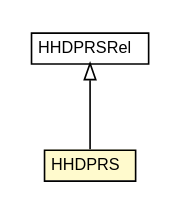
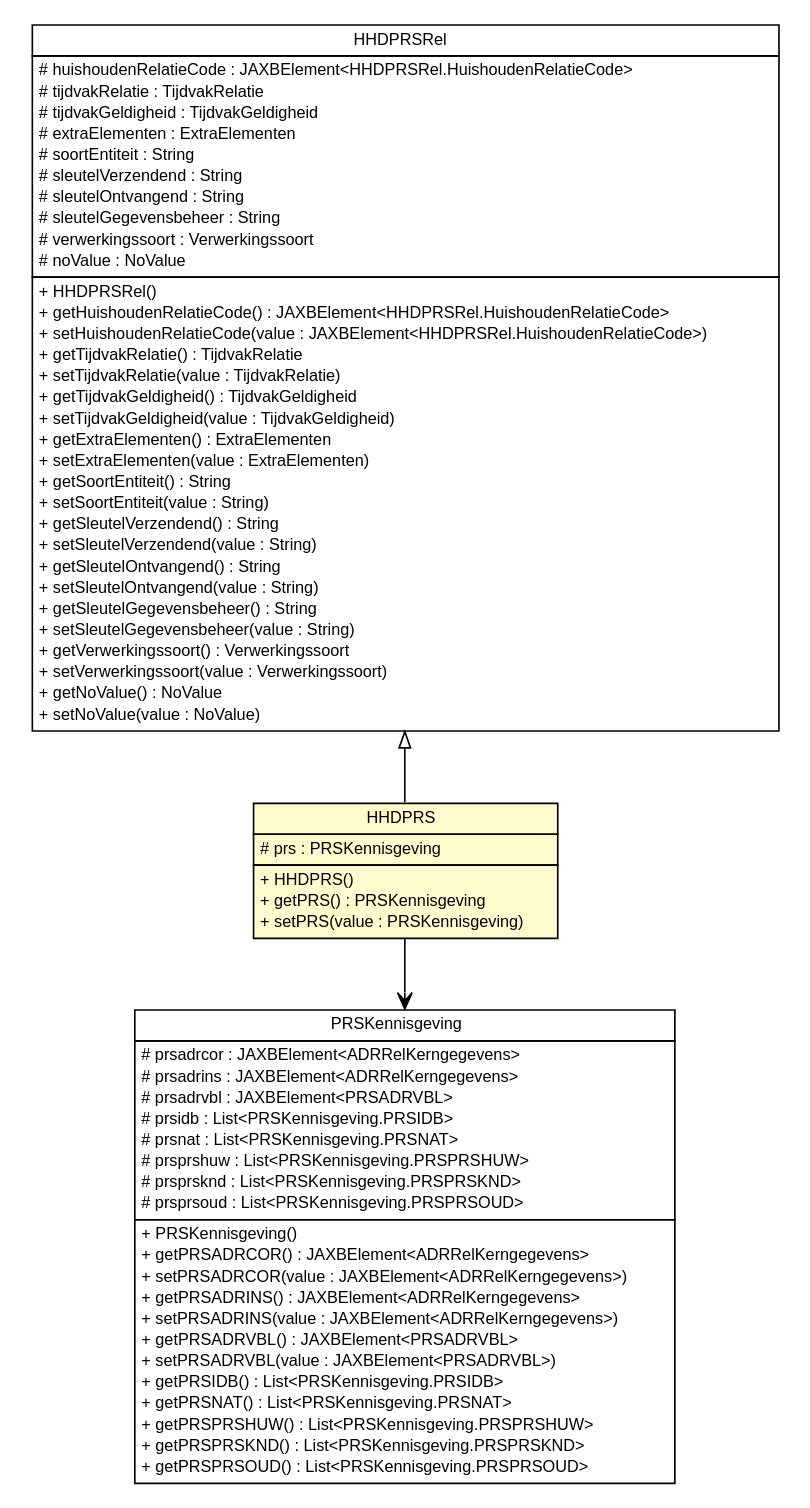
The diagram in brmo-stufbg204/apidocs/nl/egem/stuf/sector/bg/_0204/HHDAntwoord.HHDPRS.dot (B3Partners/brmo), drawn with Graphviz before and after one commit. The commit also changed 6415 other files, not shown here.

```diff
--- a/brmo-stufbg204/apidocs/nl/egem/stuf/sector/bg/_0204/HHDAntwoord.HHDPRS.dot
+++ b/brmo-stufbg204/apidocs/nl/egem/stuf/sector/bg/_0204/HHDAntwoord.HHDPRS.dot
@@ -1,26 +1,101 @@
 #!/usr/local/bin/dot
 #
 # Class diagram 
 # Generated by UMLGraph version R5_6-24-gf6e263 (http://www.umlgraph.org/)
 #
 
 digraph G {
 	edge [fontname="Helvetica",fontsize=10,labelfontname="Helvetica",labelfontsize=10];
 	node [fontname="Helvetica",fontsize=10,shape=plaintext];
 	nodesep=0.25;
 	ranksep=0.5;
 	// nl.egem.stuf.sector.bg._0204.HHDAntwoord.HHDPRS
-	c61904 [label=<<table title="nl.egem.stuf.sector.bg._0204.HHDAntwoord.HHDPRS" border="0" cellborder="1" cellspacing="0" cellpadding="2" port="p" bgcolor="lemonChiffon" href="./HHDAntwoord.HHDPRS.html">
+	c61910 [label=<<table title="nl.egem.stuf.sector.bg._0204.HHDAntwoord.HHDPRS" border="0" cellborder="1" cellspacing="0" cellpadding="2" port="p" bgcolor="lemonChiffon" href="./HHDAntwoord.HHDPRS.html">
 		<tr><td><table border="0" cellspacing="0" cellpadding="1">
 <tr><td align="center" balign="center"> HHDPRS </td></tr>
 		</table></td></tr>
+		<tr><td><table border="0" cellspacing="0" cellpadding="1">
+<tr><td align="left" balign="left"> # prs : PRSKennisgeving </td></tr>
+		</table></td></tr>
+		<tr><td><table border="0" cellspacing="0" cellpadding="1">
+<tr><td align="left" balign="left"> + HHDPRS() </td></tr>
+<tr><td align="left" balign="left"> + getPRS() : PRSKennisgeving </td></tr>
+<tr><td align="left" balign="left"> + setPRS(value : PRSKennisgeving) </td></tr>
+		</table></td></tr>
 		</table>>, URL="./HHDAntwoord.HHDPRS.html", fontname="Helvetica", fontcolor="black", fontsize=10.0];
 	// nl.egem.stuf.sector.bg._0204.HHDPRSRel
-	c61931 [label=<<table title="nl.egem.stuf.sector.bg._0204.HHDPRSRel" border="0" cellborder="1" cellspacing="0" cellpadding="2" port="p" href="./HHDPRSRel.html">
+	c61937 [label=<<table title="nl.egem.stuf.sector.bg._0204.HHDPRSRel" border="0" cellborder="1" cellspacing="0" cellpadding="2" port="p" href="./HHDPRSRel.html">
 		<tr><td><table border="0" cellspacing="0" cellpadding="1">
 <tr><td align="center" balign="center"> HHDPRSRel </td></tr>
 		</table></td></tr>
+		<tr><td><table border="0" cellspacing="0" cellpadding="1">
+<tr><td align="left" balign="left"> # huishoudenRelatieCode : JAXBElement&lt;HHDPRSRel.HuishoudenRelatieCode&gt; </td></tr>
+<tr><td align="left" balign="left"> # tijdvakRelatie : TijdvakRelatie </td></tr>
+<tr><td align="left" balign="left"> # tijdvakGeldigheid : TijdvakGeldigheid </td></tr>
+<tr><td align="left" balign="left"> # extraElementen : ExtraElementen </td></tr>
+<tr><td align="left" balign="left"> # soortEntiteit : String </td></tr>
+<tr><td align="left" balign="left"> # sleutelVerzendend : String </td></tr>
+<tr><td align="left" balign="left"> # sleutelOntvangend : String </td></tr>
+<tr><td align="left" balign="left"> # sleutelGegevensbeheer : String </td></tr>
+<tr><td align="left" balign="left"> # verwerkingssoort : Verwerkingssoort </td></tr>
+<tr><td align="left" balign="left"> # noValue : NoValue </td></tr>
+		</table></td></tr>
+		<tr><td><table border="0" cellspacing="0" cellpadding="1">
+<tr><td align="left" balign="left"> + HHDPRSRel() </td></tr>
+<tr><td align="left" balign="left"> + getHuishoudenRelatieCode() : JAXBElement&lt;HHDPRSRel.HuishoudenRelatieCode&gt; </td></tr>
+<tr><td align="left" balign="left"> + setHuishoudenRelatieCode(value : JAXBElement&lt;HHDPRSRel.HuishoudenRelatieCode&gt;) </td></tr>
+<tr><td align="left" balign="left"> + getTijdvakRelatie() : TijdvakRelatie </td></tr>
+<tr><td align="left" balign="left"> + setTijdvakRelatie(value : TijdvakRelatie) </td></tr>
+<tr><td align="left" balign="left"> + getTijdvakGeldigheid() : TijdvakGeldigheid </td></tr>
+<tr><td align="left" balign="left"> + setTijdvakGeldigheid(value : TijdvakGeldigheid) </td></tr>
+<tr><td align="left" balign="left"> + getExtraElementen() : ExtraElementen </td></tr>
+<tr><td align="left" balign="left"> + setExtraElementen(value : ExtraElementen) </td></tr>
+<tr><td align="left" balign="left"> + getSoortEntiteit() : String </td></tr>
+<tr><td align="left" balign="left"> + setSoortEntiteit(value : String) </td></tr>
+<tr><td align="left" balign="left"> + getSleutelVerzendend() : String </td></tr>
+<tr><td align="left" balign="left"> + setSleutelVerzendend(value : String) </td></tr>
+<tr><td align="left" balign="left"> + getSleutelOntvangend() : String </td></tr>
+<tr><td align="left" balign="left"> + setSleutelOntvangend(value : String) </td></tr>
+<tr><td align="left" balign="left"> + getSleutelGegevensbeheer() : String </td></tr>
+<tr><td align="left" balign="left"> + setSleutelGegevensbeheer(value : String) </td></tr>
+<tr><td align="left" balign="left"> + getVerwerkingssoort() : Verwerkingssoort </td></tr>
+<tr><td align="left" balign="left"> + setVerwerkingssoort(value : Verwerkingssoort) </td></tr>
+<tr><td align="left" balign="left"> + getNoValue() : NoValue </td></tr>
+<tr><td align="left" balign="left"> + setNoValue(value : NoValue) </td></tr>
+		</table></td></tr>
 		</table>>, URL="./HHDPRSRel.html", fontname="Helvetica", fontcolor="black", fontsize=10.0];
+	// nl.egem.stuf.sector.bg._0204.PRSKennisgeving
+	c62025 [label=<<table title="nl.egem.stuf.sector.bg._0204.PRSKennisgeving" border="0" cellborder="1" cellspacing="0" cellpadding="2" port="p" href="./PRSKennisgeving.html">
+		<tr><td><table border="0" cellspacing="0" cellpadding="1">
+<tr><td align="center" balign="center"> PRSKennisgeving </td></tr>
+		</table></td></tr>
+		<tr><td><table border="0" cellspacing="0" cellpadding="1">
+<tr><td align="left" balign="left"> # prsadrcor : JAXBElement&lt;ADRRelKerngegevens&gt; </td></tr>
+<tr><td align="left" balign="left"> # prsadrins : JAXBElement&lt;ADRRelKerngegevens&gt; </td></tr>
+<tr><td align="left" balign="left"> # prsadrvbl : JAXBElement&lt;PRSADRVBL&gt; </td></tr>
+<tr><td align="left" balign="left"> # prsidb : List&lt;PRSKennisgeving.PRSIDB&gt; </td></tr>
+<tr><td align="left" balign="left"> # prsnat : List&lt;PRSKennisgeving.PRSNAT&gt; </td></tr>
+<tr><td align="left" balign="left"> # prsprshuw : List&lt;PRSKennisgeving.PRSPRSHUW&gt; </td></tr>
+<tr><td align="left" balign="left"> # prsprsknd : List&lt;PRSKennisgeving.PRSPRSKND&gt; </td></tr>
+<tr><td align="left" balign="left"> # prsprsoud : List&lt;PRSKennisgeving.PRSPRSOUD&gt; </td></tr>
+		</table></td></tr>
+		<tr><td><table border="0" cellspacing="0" cellpadding="1">
+<tr><td align="left" balign="left"> + PRSKennisgeving() </td></tr>
+<tr><td align="left" balign="left"> + getPRSADRCOR() : JAXBElement&lt;ADRRelKerngegevens&gt; </td></tr>
+<tr><td align="left" balign="left"> + setPRSADRCOR(value : JAXBElement&lt;ADRRelKerngegevens&gt;) </td></tr>
+<tr><td align="left" balign="left"> + getPRSADRINS() : JAXBElement&lt;ADRRelKerngegevens&gt; </td></tr>
+<tr><td align="left" balign="left"> + setPRSADRINS(value : JAXBElement&lt;ADRRelKerngegevens&gt;) </td></tr>
+<tr><td align="left" balign="left"> + getPRSADRVBL() : JAXBElement&lt;PRSADRVBL&gt; </td></tr>
+<tr><td align="left" balign="left"> + setPRSADRVBL(value : JAXBElement&lt;PRSADRVBL&gt;) </td></tr>
+<tr><td align="left" balign="left"> + getPRSIDB() : List&lt;PRSKennisgeving.PRSIDB&gt; </td></tr>
+<tr><td align="left" balign="left"> + getPRSNAT() : List&lt;PRSKennisgeving.PRSNAT&gt; </td></tr>
+<tr><td align="left" balign="left"> + getPRSPRSHUW() : List&lt;PRSKennisgeving.PRSPRSHUW&gt; </td></tr>
+<tr><td align="left" balign="left"> + getPRSPRSKND() : List&lt;PRSKennisgeving.PRSPRSKND&gt; </td></tr>
+<tr><td align="left" balign="left"> + getPRSPRSOUD() : List&lt;PRSKennisgeving.PRSPRSOUD&gt; </td></tr>
+		</table></td></tr>
+		</table>>, URL="./PRSKennisgeving.html", fontname="Helvetica", fontcolor="black", fontsize=10.0];
 	//nl.egem.stuf.sector.bg._0204.HHDAntwoord.HHDPRS extends nl.egem.stuf.sector.bg._0204.HHDPRSRel
-	c61931:p -> c61904:p [dir=back,arrowtail=empty];
+	c61937:p -> c61910:p [dir=back,arrowtail=empty];
+	// nl.egem.stuf.sector.bg._0204.HHDAntwoord.HHDPRS NAVASSOC nl.egem.stuf.sector.bg._0204.PRSKennisgeving
+	c61910:p -> c62025:p [taillabel="", label="", headlabel="", fontname="Helvetica", fontcolor="black", fontsize=10.0, color="black", arrowhead=open];
 }
```
